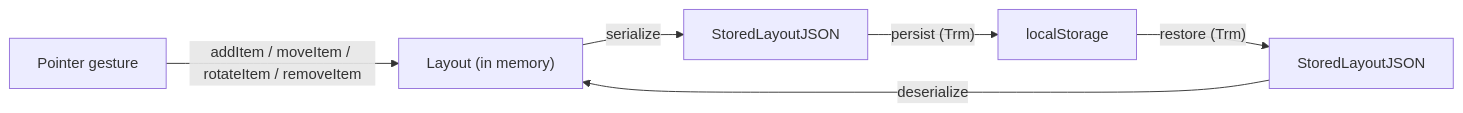
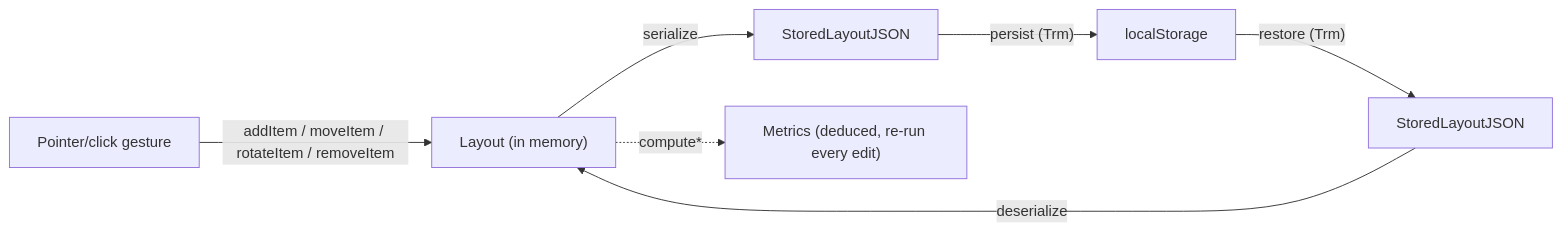
The second of 3 diagrams in docs/site/ARCHITECTURE.md (Bryan-LJX/spatialflow-poc), drawn with Mermaid before and after one commit. The commit also changed other lines of this file and 11 other files, not shown here.

````diff
--- a/docs/site/ARCHITECTURE.md
+++ b/docs/site/ARCHITECTURE.md
@@ -64,8 +90,9 @@
 ```mermaid
 graph LR
-    A["Pointer gesture"] -->|"addItem / moveItem / rotateItem / removeItem"| B["Layout (in memory)"]
+    A["Pointer/click gesture"] -->|"addItem / moveItem / rotateItem / removeItem"| B["Layout (in memory)"]
     B -->|"serialize"| C["StoredLayoutJSON"]
     C -->|"persist (Trm)"| D["localStorage"]
     D -->|"restore (Trm)"| E["StoredLayoutJSON"]
     E -->|"deserialize"| B
+    B -.->|"compute*"| F["Metrics (deduced, re-run every edit)"]
 ```
````
